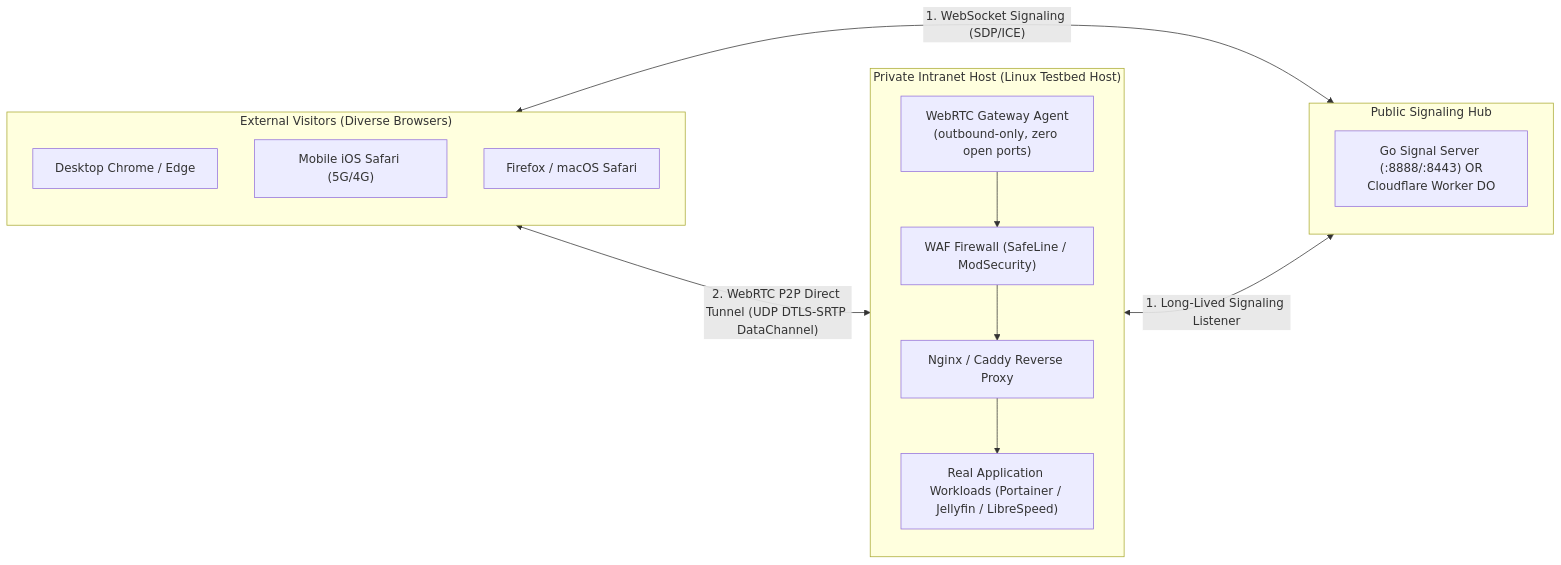
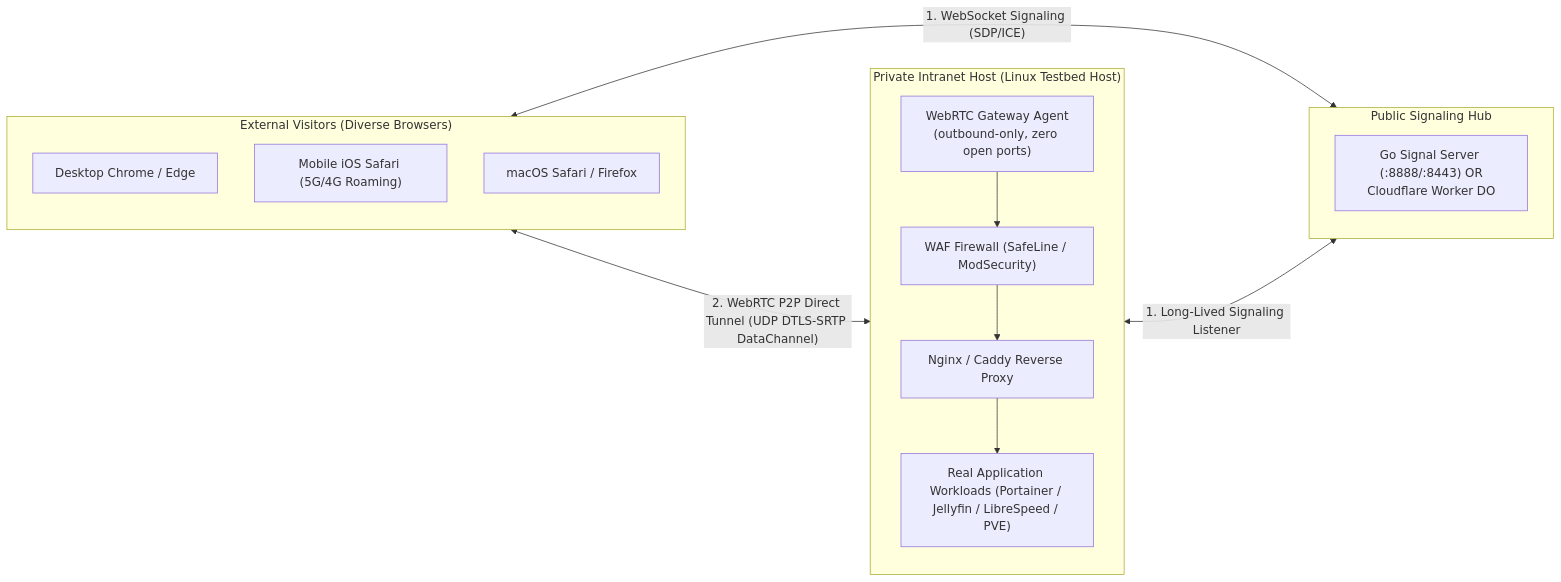
Before and after one commit to BeingNoAbility/WebRTC-Gateway: the fourth of 4 diagrams in docs/en/TESTING_CHECKLIST.md, drawn with Mermaid. The commit also changed other lines of this file and 13 other files, not shown here.

````diff
--- a/docs/en/TESTING_CHECKLIST.md
+++ b/docs/en/TESTING_CHECKLIST.md
@@ -30,25 +78,25 @@
 ```mermaid
 flowchart LR
     subgraph External_Visitors["External Visitors (Diverse Browsers)"]
         BrowserA["Desktop Chrome / Edge"]
-        BrowserB["Mobile iOS Safari (5G/4G)"]
-        BrowserC["Firefox / macOS Safari"]
+        BrowserB["Mobile iOS Safari (5G/4G Roaming)"]
+        BrowserC["macOS Safari / Firefox"]
     end
 
     subgraph Public_Signaling["Public Signaling Hub"]
         Signal["Go Signal Server (:8888/:8443) OR<br/>Cloudflare Worker DO"]
     end
 
     subgraph Private_Homelab["Private Intranet Host (Linux Testbed Host)"]
         Agent["WebRTC Gateway Agent<br/>(outbound-only, zero open ports)"]
         WAF["WAF Firewall (SafeLine / ModSecurity)"]
         ReverseProxy["Nginx / Caddy Reverse Proxy"]
-        Apps["Real Application Workloads (Portainer / Jellyfin / LibreSpeed)"]
+        Apps["Real Application Workloads (Portainer / Jellyfin / LibreSpeed / PVE)"]
 
         Agent --> WAF --> ReverseProxy --> Apps
     end
 
     External_Visitors <-->|"1. WebSocket Signaling (SDP/ICE)"| Public_Signaling
     Private_Homelab <-->|"1. Long-Lived Signaling Listener"| Public_Signaling
     External_Visitors <-->|"2. WebRTC P2P Direct Tunnel (UDP DTLS-SRTP DataChannel)"| Private_Homelab
 ```
````
